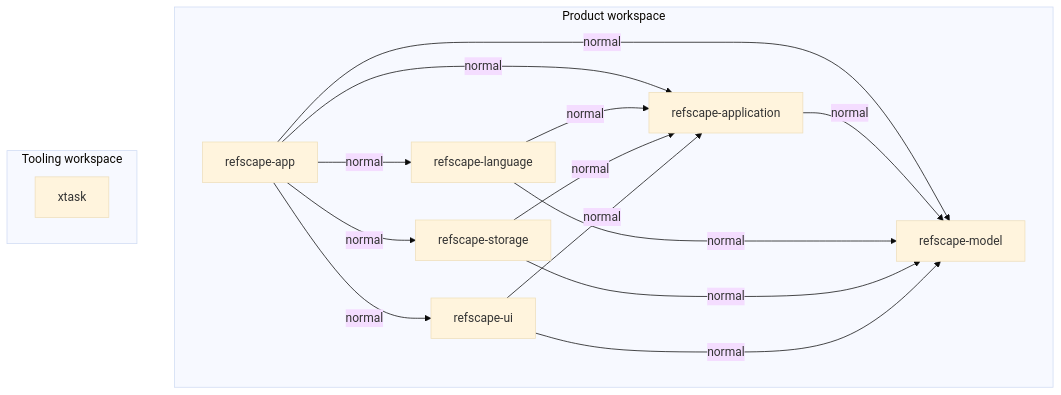
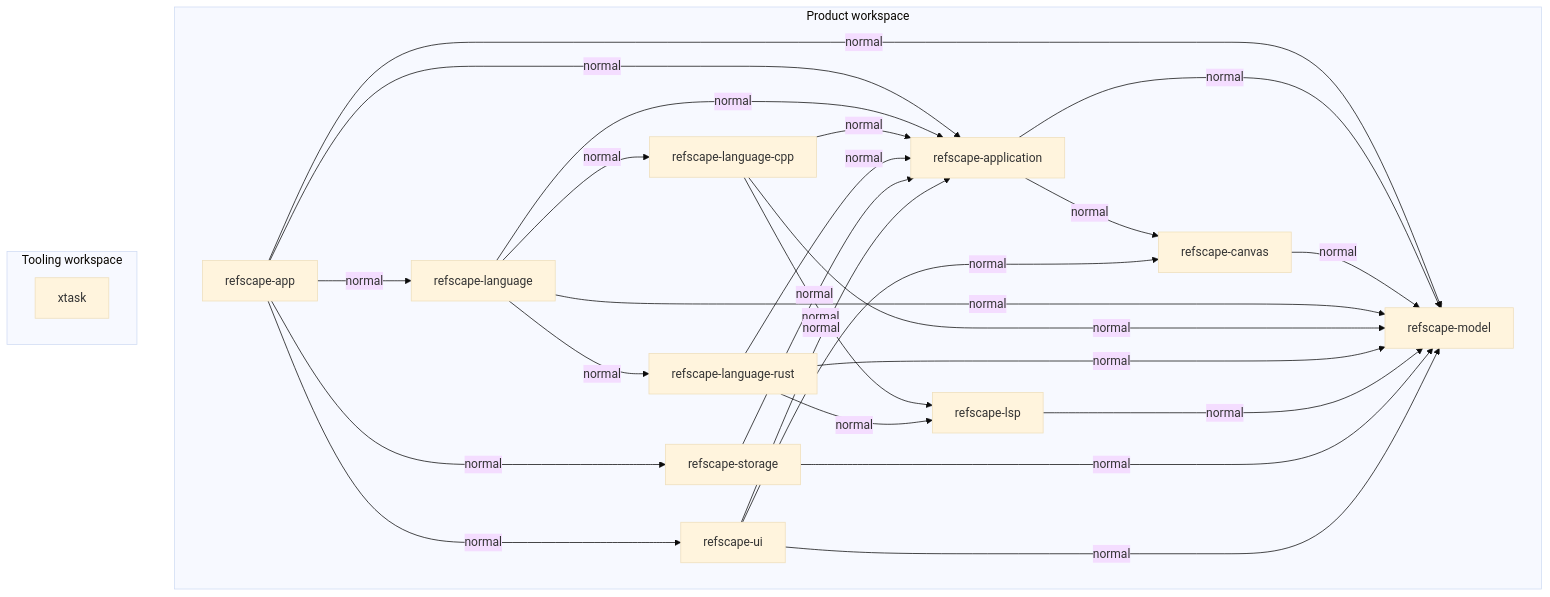
The first of 2 diagrams in docs/dependency-graph.md (Kashiwade-music/refscape), drawn with Mermaid (base theme) before and after one commit. The commit also changed other lines of this file and 77 other files, not shown here.

Commit message:
Refactor into acyclic language, LSP, and canvas crates

````diff
--- a/docs/dependency-graph.md
+++ b/docs/dependency-graph.md
@@ -12,26 +12,42 @@
 ```mermaid
 flowchart TD
     subgraph product["Product workspace"]
         refscape_app["refscape-app"]
         refscape_application["refscape-application"]
+        refscape_canvas["refscape-canvas"]
         refscape_language["refscape-language"]
+        refscape_language_cpp["refscape-language-cpp"]
+        refscape_language_rust["refscape-language-rust"]
+        refscape_lsp["refscape-lsp"]
         refscape_model["refscape-model"]
         refscape_storage["refscape-storage"]
         refscape_ui["refscape-ui"]
         refscape_app -->|"normal"| refscape_application
         refscape_app -->|"normal"| refscape_language
         refscape_app -->|"normal"| refscape_model
         refscape_app -->|"normal"| refscape_storage
         refscape_app -->|"normal"| refscape_ui
+        refscape_application -->|"normal"| refscape_canvas
         refscape_application -->|"normal"| refscape_model
+        refscape_canvas -->|"normal"| refscape_model
         refscape_language -->|"normal"| refscape_application
+        refscape_language -->|"normal"| refscape_language_cpp
+        refscape_language -->|"normal"| refscape_language_rust
         refscape_language -->|"normal"| refscape_model
+        refscape_language_cpp -->|"normal"| refscape_application
+        refscape_language_cpp -->|"normal"| refscape_lsp
+        refscape_language_cpp -->|"normal"| refscape_model
+        refscape_language_rust -->|"normal"| refscape_application
+        refscape_language_rust -->|"normal"| refscape_lsp
+        refscape_language_rust -->|"normal"| refscape_model
+        refscape_lsp -->|"normal"| refscape_model
         refscape_storage -->|"normal"| refscape_application
         refscape_storage -->|"normal"| refscape_model
         refscape_ui -->|"normal"| refscape_application
+        refscape_ui -->|"normal"| refscape_canvas
         refscape_ui -->|"normal"| refscape_model
     end
     subgraph tooling["Tooling workspace"]
         xtask["xtask"]
     end
 ```
````
